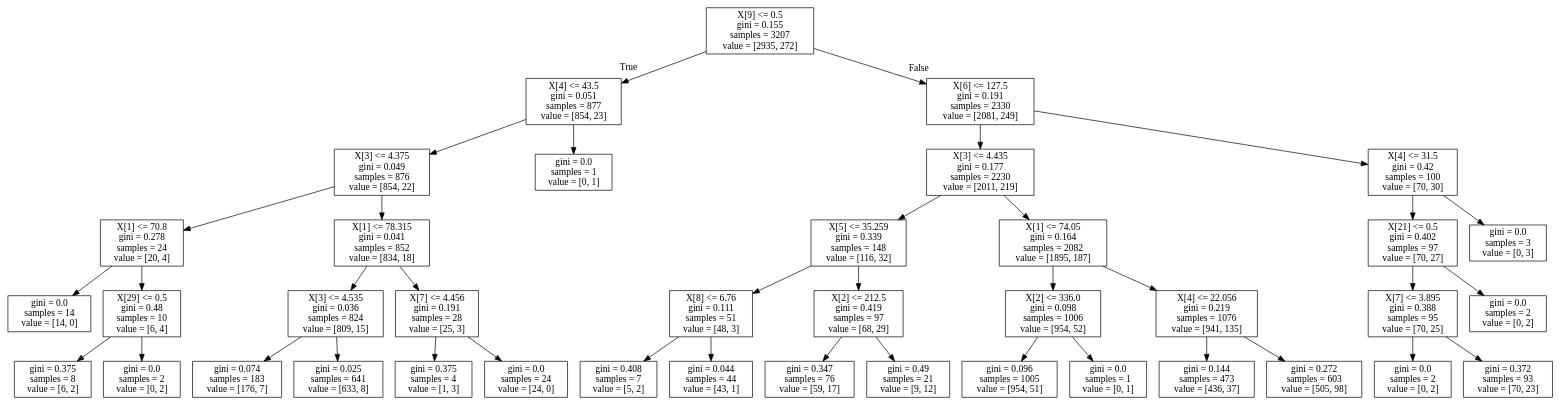
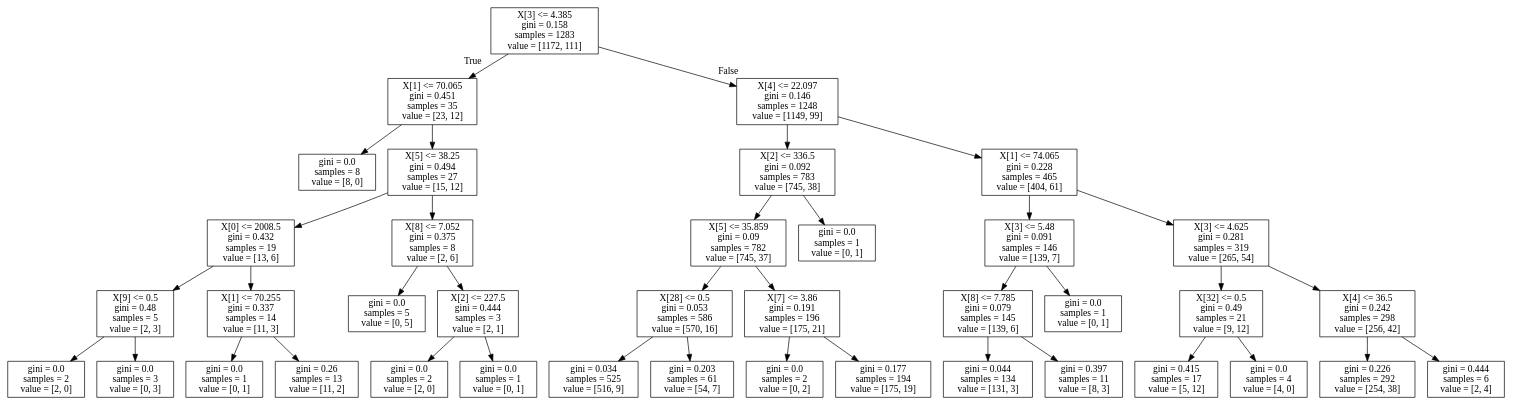
The diagram in nfl_tree.dot (charlieaxle/cs7461_1), drawn with Graphviz before and after one commit. The commit also changed 5 other files, not shown here.

```diff
--- a/nfl_tree.dot
+++ b/nfl_tree.dot
@@ -1,80 +1,80 @@
 digraph Tree {
 node [shape=box] ;
-0 [label="X[9] <= 0.5\ngini = 0.155\nsamples = 3207\nvalue = [2935, 272]"] ;
-1 [label="X[4] <= 43.5\ngini = 0.051\nsamples = 877\nvalue = [854, 23]"] ;
+0 [label="X[3] <= 4.385\ngini = 0.158\nsamples = 1283\nvalue = [1172, 111]"] ;
+1 [label="X[1] <= 70.065\ngini = 0.451\nsamples = 35\nvalue = [23, 12]"] ;
 0 -> 1 [labeldistance=2.5, labelangle=45, headlabel="True"] ;
-2 [label="X[3] <= 4.375\ngini = 0.049\nsamples = 876\nvalue = [854, 22]"] ;
+2 [label="gini = 0.0\nsamples = 8\nvalue = [8, 0]"] ;
 1 -> 2 ;
-3 [label="X[1] <= 70.8\ngini = 0.278\nsamples = 24\nvalue = [20, 4]"] ;
-2 -> 3 ;
-4 [label="gini = 0.0\nsamples = 14\nvalue = [14, 0]"] ;
+3 [label="X[5] <= 38.25\ngini = 0.494\nsamples = 27\nvalue = [15, 12]"] ;
+1 -> 3 ;
+4 [label="X[0] <= 2008.5\ngini = 0.432\nsamples = 19\nvalue = [13, 6]"] ;
 3 -> 4 ;
-5 [label="X[29] <= 0.5\ngini = 0.48\nsamples = 10\nvalue = [6, 4]"] ;
-3 -> 5 ;
-6 [label="gini = 0.375\nsamples = 8\nvalue = [6, 2]"] ;
+5 [label="X[9] <= 0.5\ngini = 0.48\nsamples = 5\nvalue = [2, 3]"] ;
+4 -> 5 ;
+6 [label="gini = 0.0\nsamples = 2\nvalue = [2, 0]"] ;
 5 -> 6 ;
-7 [label="gini = 0.0\nsamples = 2\nvalue = [0, 2]"] ;
+7 [label="gini = 0.0\nsamples = 3\nvalue = [0, 3]"] ;
 5 -> 7 ;
-8 [label="X[1] <= 78.315\ngini = 0.041\nsamples = 852\nvalue = [834, 18]"] ;
-2 -> 8 ;
-9 [label="X[3] <= 4.535\ngini = 0.036\nsamples = 824\nvalue = [809, 15]"] ;
+8 [label="X[1] <= 70.255\ngini = 0.337\nsamples = 14\nvalue = [11, 3]"] ;
+4 -> 8 ;
+9 [label="gini = 0.0\nsamples = 1\nvalue = [0, 1]"] ;
 8 -> 9 ;
-10 [label="gini = 0.074\nsamples = 183\nvalue = [176, 7]"] ;
-9 -> 10 ;
-11 [label="gini = 0.025\nsamples = 641\nvalue = [633, 8]"] ;
-9 -> 11 ;
-12 [label="X[7] <= 4.456\ngini = 0.191\nsamples = 28\nvalue = [25, 3]"] ;
-8 -> 12 ;
-13 [label="gini = 0.375\nsamples = 4\nvalue = [1, 3]"] ;
-12 -> 13 ;
-14 [label="gini = 0.0\nsamples = 24\nvalue = [24, 0]"] ;
-12 -> 14 ;
+10 [label="gini = 0.26\nsamples = 13\nvalue = [11, 2]"] ;
+8 -> 10 ;
+11 [label="X[8] <= 7.052\ngini = 0.375\nsamples = 8\nvalue = [2, 6]"] ;
+3 -> 11 ;
+12 [label="gini = 0.0\nsamples = 5\nvalue = [0, 5]"] ;
+11 -> 12 ;
+13 [label="X[2] <= 227.5\ngini = 0.444\nsamples = 3\nvalue = [2, 1]"] ;
+11 -> 13 ;
+14 [label="gini = 0.0\nsamples = 2\nvalue = [2, 0]"] ;
+13 -> 14 ;
 15 [label="gini = 0.0\nsamples = 1\nvalue = [0, 1]"] ;
-1 -> 15 ;
-16 [label="X[6] <= 127.5\ngini = 0.191\nsamples = 2330\nvalue = [2081, 249]"] ;
+13 -> 15 ;
+16 [label="X[4] <= 22.097\ngini = 0.146\nsamples = 1248\nvalue = [1149, 99]"] ;
 0 -> 16 [labeldistance=2.5, labelangle=-45, headlabel="False"] ;
-17 [label="X[3] <= 4.435\ngini = 0.177\nsamples = 2230\nvalue = [2011, 219]"] ;
+17 [label="X[2] <= 336.5\ngini = 0.092\nsamples = 783\nvalue = [745, 38]"] ;
 16 -> 17 ;
-18 [label="X[5] <= 35.259\ngini = 0.339\nsamples = 148\nvalue = [116, 32]"] ;
+18 [label="X[5] <= 35.859\ngini = 0.09\nsamples = 782\nvalue = [745, 37]"] ;
 17 -> 18 ;
-19 [label="X[8] <= 6.76\ngini = 0.111\nsamples = 51\nvalue = [48, 3]"] ;
+19 [label="X[28] <= 0.5\ngini = 0.053\nsamples = 586\nvalue = [570, 16]"] ;
 18 -> 19 ;
-20 [label="gini = 0.408\nsamples = 7\nvalue = [5, 2]"] ;
+20 [label="gini = 0.034\nsamples = 525\nvalue = [516, 9]"] ;
 19 -> 20 ;
-21 [label="gini = 0.044\nsamples = 44\nvalue = [43, 1]"] ;
+21 [label="gini = 0.203\nsamples = 61\nvalue = [54, 7]"] ;
 19 -> 21 ;
-22 [label="X[2] <= 212.5\ngini = 0.419\nsamples = 97\nvalue = [68, 29]"] ;
+22 [label="X[7] <= 3.86\ngini = 0.191\nsamples = 196\nvalue = [175, 21]"] ;
 18 -> 22 ;
-23 [label="gini = 0.347\nsamples = 76\nvalue = [59, 17]"] ;
+23 [label="gini = 0.0\nsamples = 2\nvalue = [0, 2]"] ;
 22 -> 23 ;
-24 [label="gini = 0.49\nsamples = 21\nvalue = [9, 12]"] ;
+24 [label="gini = 0.177\nsamples = 194\nvalue = [175, 19]"] ;
 22 -> 24 ;
-25 [label="X[1] <= 74.05\ngini = 0.164\nsamples = 2082\nvalue = [1895, 187]"] ;
+25 [label="gini = 0.0\nsamples = 1\nvalue = [0, 1]"] ;
 17 -> 25 ;
-26 [label="X[2] <= 336.0\ngini = 0.098\nsamples = 1006\nvalue = [954, 52]"] ;
-25 -> 26 ;
-27 [label="gini = 0.096\nsamples = 1005\nvalue = [954, 51]"] ;
+26 [label="X[1] <= 74.065\ngini = 0.228\nsamples = 465\nvalue = [404, 61]"] ;
+16 -> 26 ;
+27 [label="X[3] <= 5.48\ngini = 0.091\nsamples = 146\nvalue = [139, 7]"] ;
 26 -> 27 ;
-28 [label="gini = 0.0\nsamples = 1\nvalue = [0, 1]"] ;
-26 -> 28 ;
-29 [label="X[4] <= 22.056\ngini = 0.219\nsamples = 1076\nvalue = [941, 135]"] ;
-25 -> 29 ;
-30 [label="gini = 0.144\nsamples = 473\nvalue = [436, 37]"] ;
-29 -> 30 ;
-31 [label="gini = 0.272\nsamples = 603\nvalue = [505, 98]"] ;
-29 -> 31 ;
-32 [label="X[4] <= 31.5\ngini = 0.42\nsamples = 100\nvalue = [70, 30]"] ;
-16 -> 32 ;
-33 [label="X[21] <= 0.5\ngini = 0.402\nsamples = 97\nvalue = [70, 27]"] ;
+28 [label="X[8] <= 7.785\ngini = 0.079\nsamples = 145\nvalue = [139, 6]"] ;
+27 -> 28 ;
+29 [label="gini = 0.044\nsamples = 134\nvalue = [131, 3]"] ;
+28 -> 29 ;
+30 [label="gini = 0.397\nsamples = 11\nvalue = [8, 3]"] ;
+28 -> 30 ;
+31 [label="gini = 0.0\nsamples = 1\nvalue = [0, 1]"] ;
+27 -> 31 ;
+32 [label="X[3] <= 4.625\ngini = 0.281\nsamples = 319\nvalue = [265, 54]"] ;
+26 -> 32 ;
+33 [label="X[32] <= 0.5\ngini = 0.49\nsamples = 21\nvalue = [9, 12]"] ;
 32 -> 33 ;
-34 [label="X[7] <= 3.895\ngini = 0.388\nsamples = 95\nvalue = [70, 25]"] ;
+34 [label="gini = 0.415\nsamples = 17\nvalue = [5, 12]"] ;
 33 -> 34 ;
-35 [label="gini = 0.0\nsamples = 2\nvalue = [0, 2]"] ;
-34 -> 35 ;
-36 [label="gini = 0.372\nsamples = 93\nvalue = [70, 23]"] ;
-34 -> 36 ;
-37 [label="gini = 0.0\nsamples = 2\nvalue = [0, 2]"] ;
-33 -> 37 ;
-38 [label="gini = 0.0\nsamples = 3\nvalue = [0, 3]"] ;
-32 -> 38 ;
+35 [label="gini = 0.0\nsamples = 4\nvalue = [4, 0]"] ;
+33 -> 35 ;
+36 [label="X[4] <= 36.5\ngini = 0.242\nsamples = 298\nvalue = [256, 42]"] ;
+32 -> 36 ;
+37 [label="gini = 0.226\nsamples = 292\nvalue = [254, 38]"] ;
+36 -> 37 ;
+38 [label="gini = 0.444\nsamples = 6\nvalue = [2, 4]"] ;
+36 -> 38 ;
 }
```
